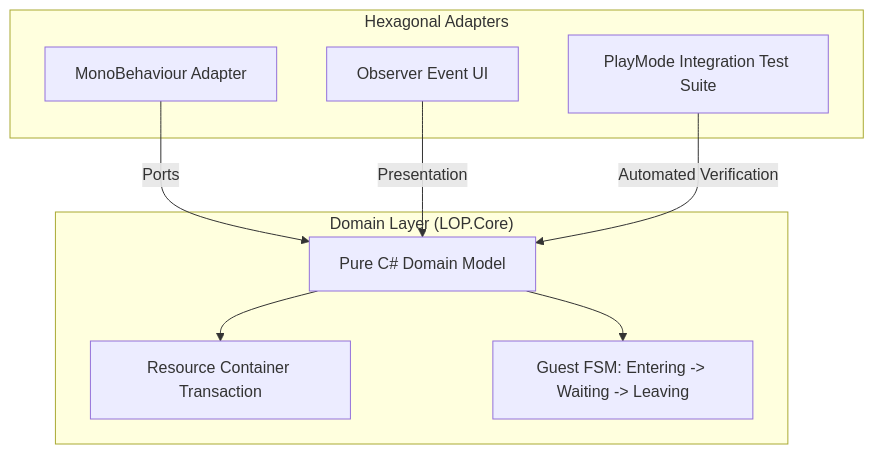
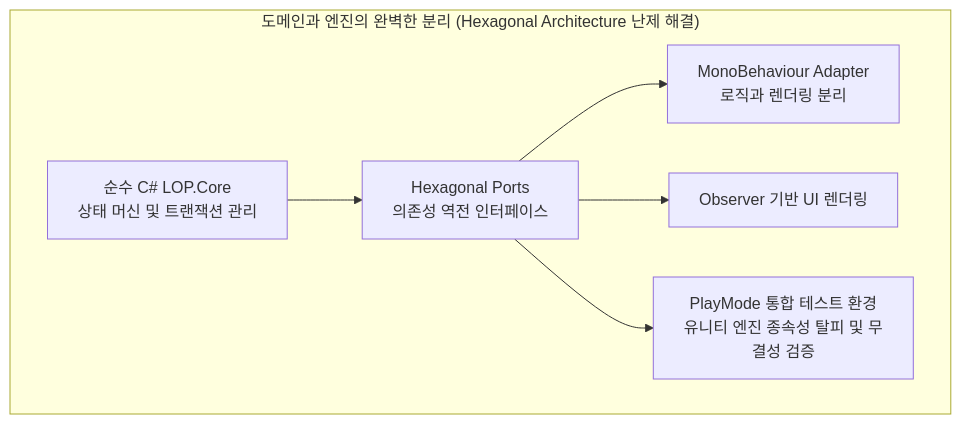
The diagram in Portfolio/LOP/content.md (phal5/XSBD-WebPortfolio), drawn with Mermaid before and after one commit. The commit also changed 11 other files, not shown here.

````diff
--- a/Portfolio/LOP/content.md
+++ b/Portfolio/LOP/content.md
@@ -37,12 +37,9 @@
 ```mermaid
 graph TD
-    subgraph "Domain Layer (LOP.Core)"
-        Domain[Pure C# Domain Model] --> Trans[Resource Container Transaction]
-        Domain --> State[Guest FSM: Entering -> Waiting -> Leaving]
-    end
-    subgraph "Hexagonal Adapters"
-        Mono[MonoBehaviour Adapter] -->|Ports| Domain
-        UI[Observer Event UI] -->|Presentation| Domain
-        Test[PlayMode Integration Test Suite] -->|Automated Verification| Domain
+    subgraph "도메인과 엔진의 완벽한 분리 (Hexagonal Architecture 난제 해결)"
+        Domain[순수 C# LOP.Core<br/>상태 머신 및 트랜잭션 관리] --> Ports[Hexagonal Ports<br/>의존성 역전 인터페이스]
+        Ports --> Unity[MonoBehaviour Adapter<br/>로직과 렌더링 분리]
+        Ports --> UI[Observer 기반 UI 렌더링]
+        Ports --> Test[PlayMode 통합 테스트 환경<br/>유니티 엔진 종속성 탈피 및 무결성 검증]
     end
 ```
````
